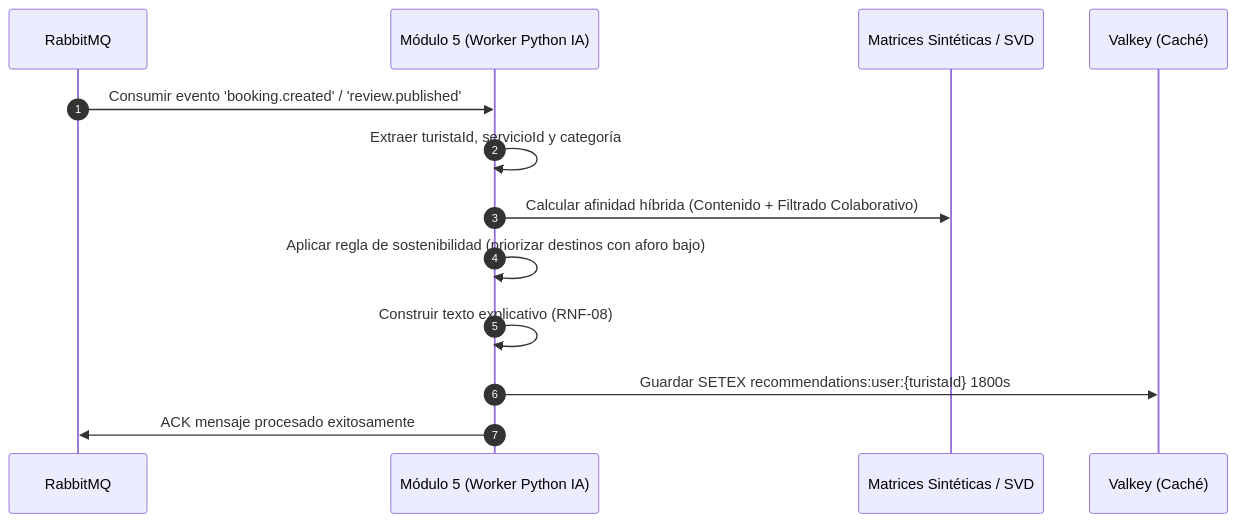
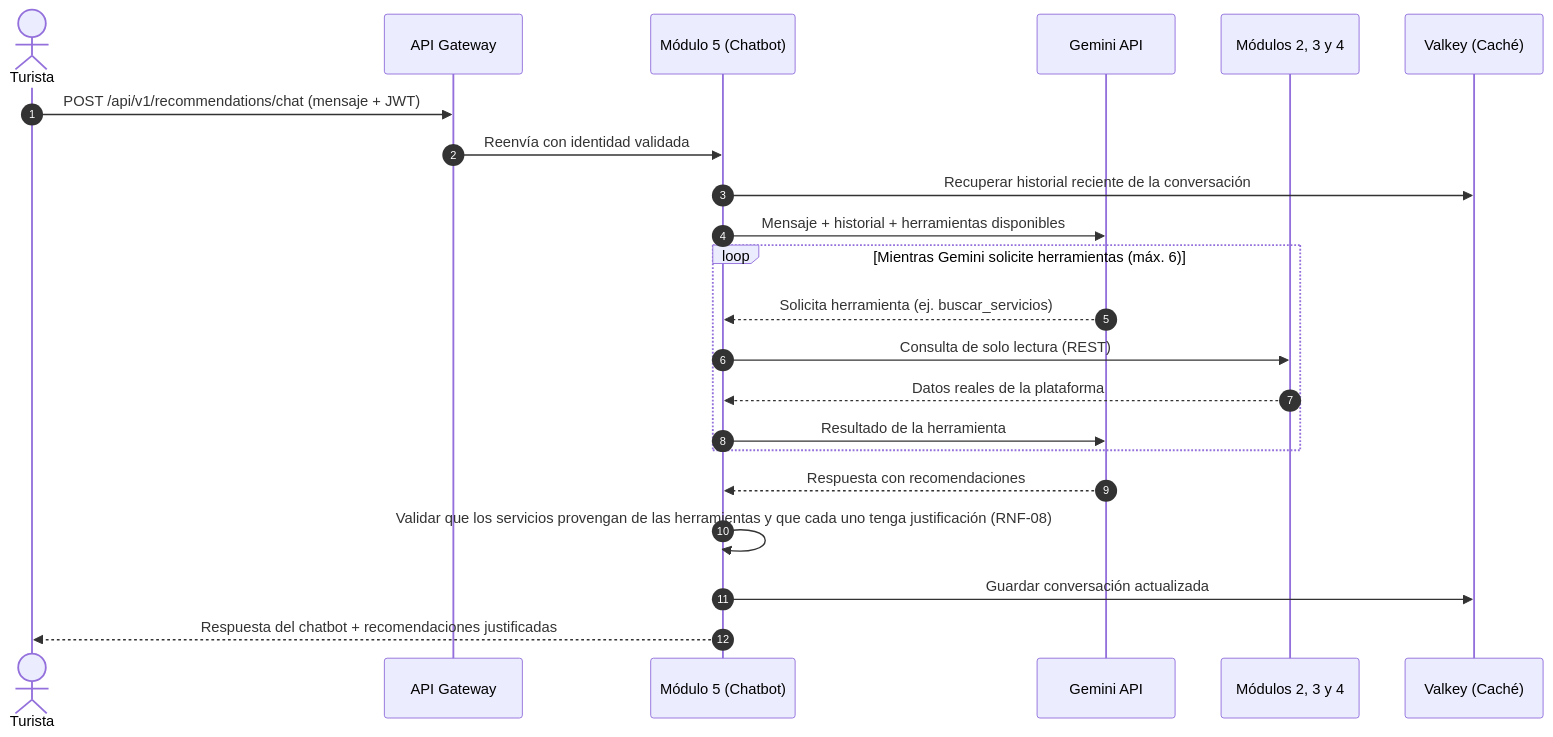
One commit to luifdo/Tourism changed the sixth of 6 diagrams in Documents/Pages/Plan_de_Implementacion.md. Above: the diagram before and after it, drawn with Mermaid. The commit also changed other lines of this file and 6 other files, not shown here.

First line of the commit message:
docs: alinear Módulo 5 con el chatbot de Gemini y tools

````diff
--- a/Documents/Pages/Plan_de_Implementacion.md
+++ b/Documents/Pages/Plan_de_Implementacion.md
@@ -587,16 +593,25 @@
 ```mermaid
 sequenceDiagram
     autonumber
-    participant Broker as RabbitMQ
-    participant AI as Módulo 5 (Worker Python IA)
-    participant Models as Matrices Sintéticas / SVD
+    actor Tur as Turista
+    participant GW as API Gateway
+    participant AI as Módulo 5 (Chatbot)
+    participant Gem as Gemini API
+    participant Core as Módulos 2, 3 y 4
     participant Cache as Valkey (Caché)
 
-    Broker->>AI: Consumir evento 'booking.created' / 'review.published'
-    AI->>AI: Extraer turistaId, servicioId y categoría
-    AI->>Models: Calcular afinidad híbrida (Contenido + Filtrado Colaborativo)
-    AI->>AI: Aplicar regla de sostenibilidad (priorizar destinos con aforo bajo)
-    AI->>AI: Construir texto explicativo (RNF-08)
-    AI->>Cache: Guardar SETEX recommendations:user:{turistaId} 1800s
-    AI->>Broker: ACK mensaje procesado exitosamente
+    Tur->>GW: POST /api/v1/recommendations/chat (mensaje + JWT)
+    GW->>AI: Reenvía con identidad validada
+    AI->>Cache: Recuperar historial reciente de la conversación
+    AI->>Gem: Mensaje + historial + herramientas disponibles
+    loop Mientras Gemini solicite herramientas (máx. 6)
+        Gem-->>AI: Solicita herramienta (ej. buscar_servicios)
+        AI->>Core: Consulta de solo lectura (REST)
+        Core-->>AI: Datos reales de la plataforma
+        AI->>Gem: Resultado de la herramienta
+    end
+    Gem-->>AI: Respuesta con recomendaciones
+    AI->>AI: Validar que los servicios provengan de las herramientas y que cada uno tenga justificación (RNF-08)
+    AI->>Cache: Guardar conversación actualizada
+    AI-->>Tur: Respuesta del chatbot + recomendaciones justificadas
 ```
````
